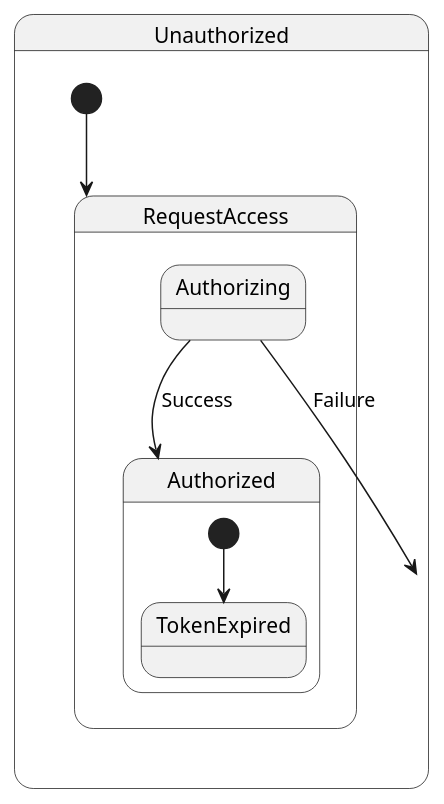
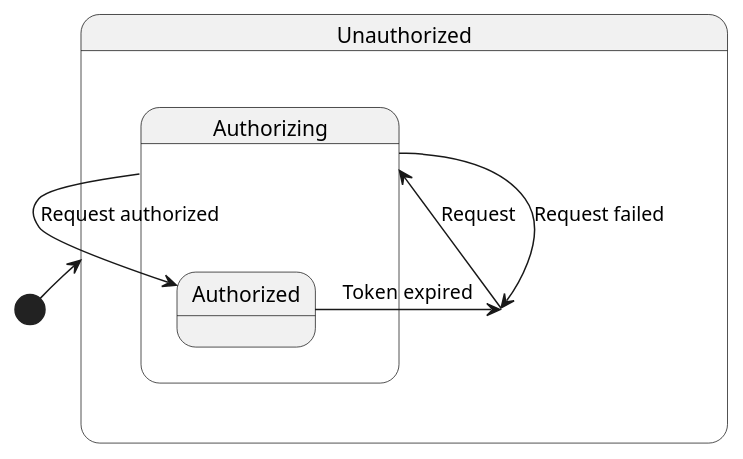
One commit to RadekBucki/OpinionCollectorArchitecture changed the fifth of 7 diagrams in WholeApplicationFlowDiagrams.md. Above: the diagram before and after it, drawn with PlantUML. The commit also changed other lines of this file, not shown here.

````diff
--- a/WholeApplicationFlowDiagrams.md
+++ b/WholeApplicationFlowDiagrams.md
@@ -165,17 +165,19 @@
 ```plantuml
 @startuml
+[*] -> Unauthorized
+
 state Unauthorized {
-  [*] --> RequestAccess
+  Unauthorized --> Authorizing : Request
 }
 
-state RequestAccess {
-  Authorizing --> Authorized : Success
-  Authorizing --> Unauthorized : Failure
+state Authorizing {
+  Authorizing --> Authorized : Request authorized
+  Authorizing --> Unauthorized : Request failed
 }
 
 state Authorized {
-  [*] --> TokenExpired
+  Authorized --> Unauthorized : Token expired
 }
 
 @enduml
 ```
````
